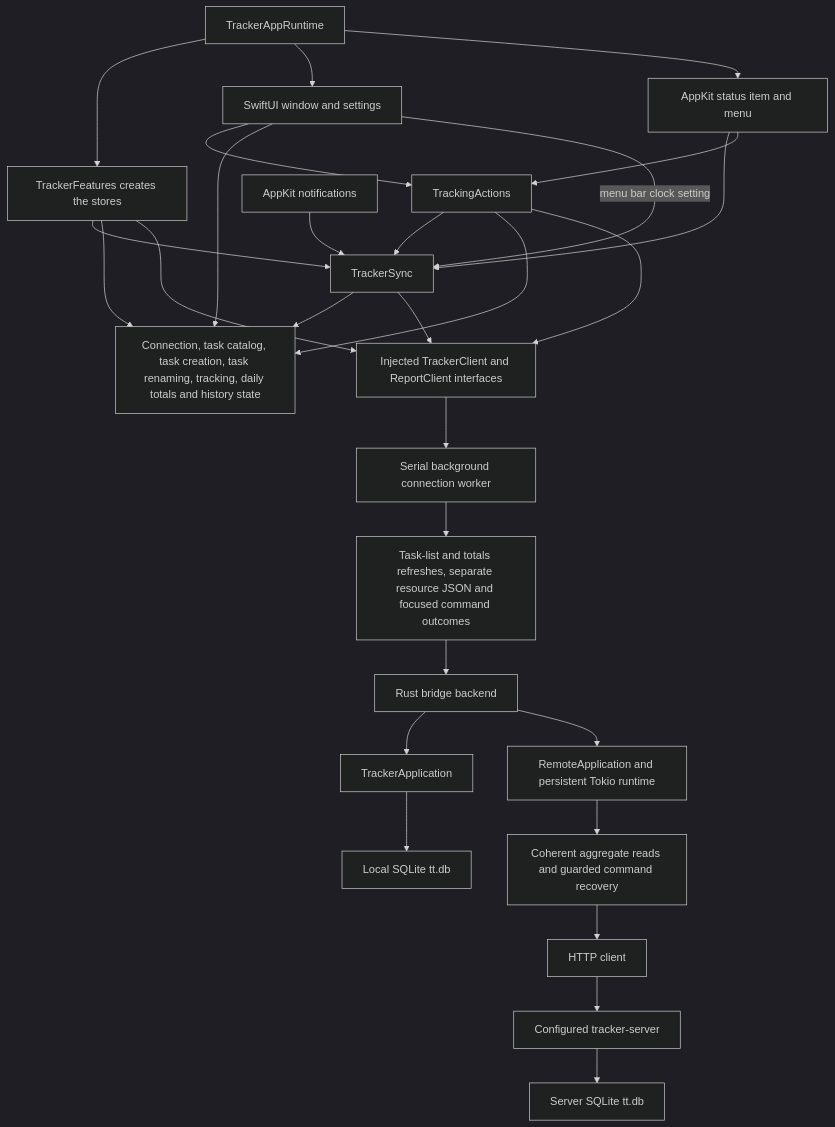
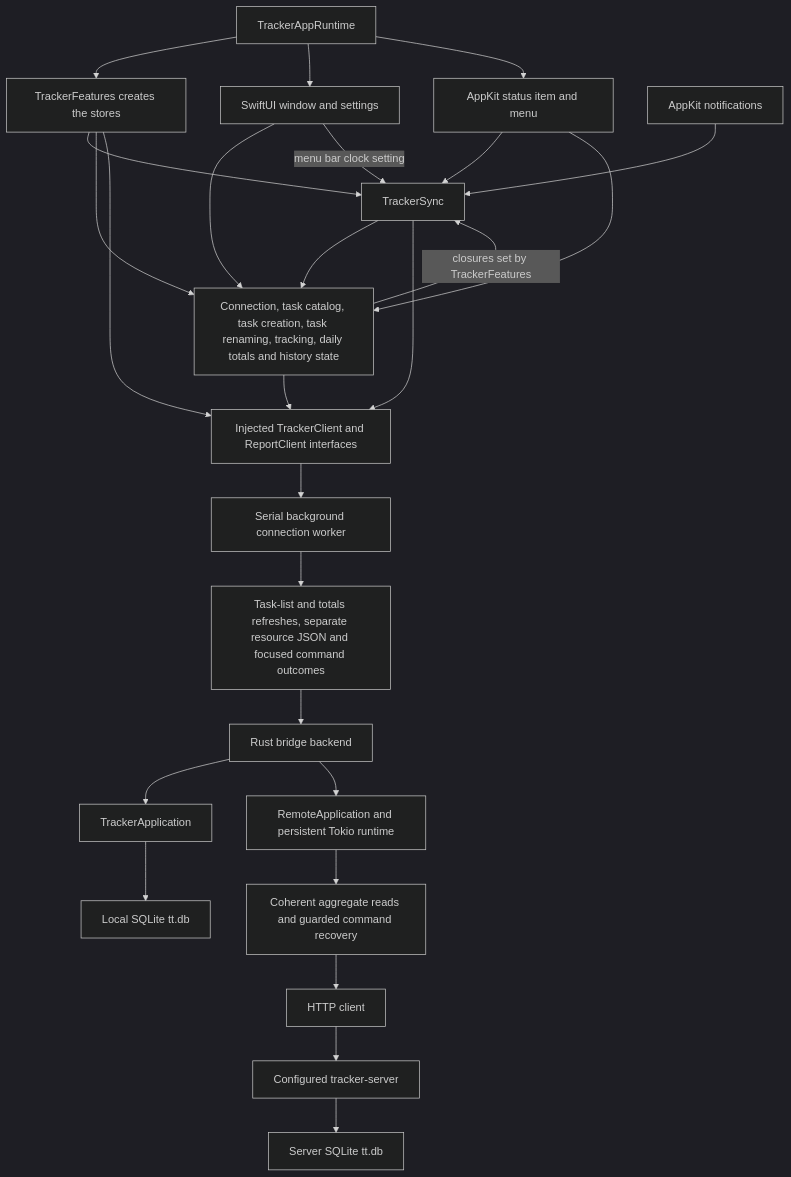
The diagram in apps/swiftui/README.md (remshams/time-tracker), drawn with Mermaid (dark theme) before and after one commit. The commit also changed other lines of this file, not shown here.

Commit message:
docs(SwiftUIApp): start and stop tracking on TrackingStore

````diff
--- a/apps/swiftui/README.md
+++ b/apps/swiftui/README.md
@@ -291,26 +291,25 @@
 ```mermaid
 flowchart TD
     Runtime[TrackerAppRuntime] --> TrackerFeatures[TrackerFeatures creates the stores]
     Runtime --> UI[SwiftUI window and settings]
     Runtime --> Menu[AppKit status item and menu]
     Menu --> Sync[TrackerSync]
-    Menu --> Actions[TrackingActions]
-    UI --> Actions
+    Menu --> Features
     UI --> Features
     UI -->|menu bar clock setting| Sync
     TrackerFeatures --> Sync
-    Actions --> Sync
-    TrackerFeatures & Sync & Actions --> Features[Connection, task catalog, task creation, task renaming, tracking, daily totals and history state]
+    Features -->|closures set by TrackerFeatures| Sync
+    TrackerFeatures & Sync --> Features[Connection, task catalog, task creation, task renaming, tracking, daily totals and history state]
     Lifecycle[AppKit notifications] --> Sync
-    TrackerFeatures & Sync & Actions --> Port[Injected TrackerClient and ReportClient interfaces]
+    TrackerFeatures & Sync & Features --> Port[Injected TrackerClient and ReportClient interfaces]
     Port --> Worker[Serial background connection worker]
     Worker --> ABI[Task-list and totals refreshes, separate resource JSON and focused command outcomes]
     ABI --> Backend[Rust bridge backend]
     Backend --> Local[TrackerApplication]
     Local --> DB[Local SQLite tt.db]
     Backend --> Remote[RemoteApplication and persistent Tokio runtime]
     Remote --> Coordinator[Coherent aggregate reads and guarded command recovery]
     Coordinator --> HTTP[HTTP client]
     HTTP --> Server[Configured tracker-server]
     Server --> ServerDB[Server SQLite tt.db]
 ```
````
